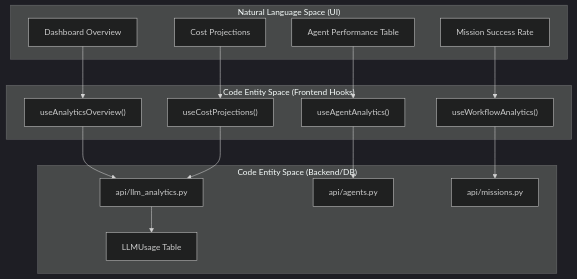
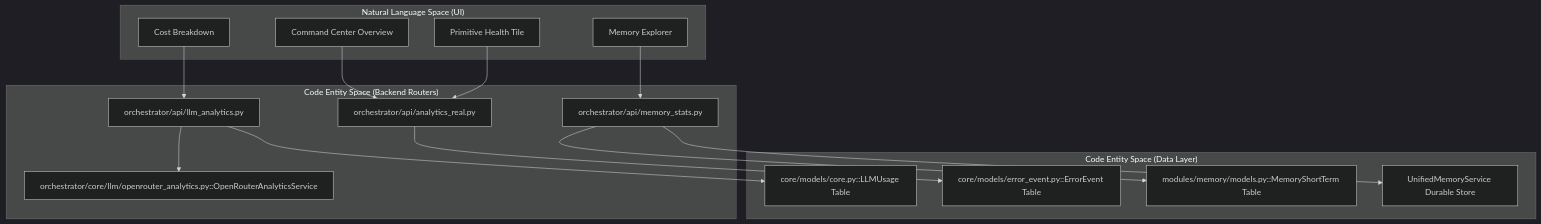
Before and after one commit to AutomatosAI/automatos-ai: the first of 2 diagrams in docs/analytics-monitoring/analytics-api-reference.md, drawn with Mermaid (dark theme). The commit also changed other lines of this file and 191 other files, not shown here.

````diff
--- a/docs/analytics-monitoring/analytics-api-reference.md
+++ b/docs/analytics-monitoring/analytics-api-reference.md
@@ -71,35 +78,34 @@
 ```mermaid
 graph TD
     subgraph "Natural Language Space (UI)"
-        Overview["Dashboard Overview"]
-        AgentPerf["Agent Performance Table"]
-        MissionStats["Mission Success Rate"]
-        CostProj["Cost Projections"]
+        Overview["Command Center Overview"]
+        HealthTile["Primitive Health Tile"]
+        UsageBreakdown["Cost Breakdown"]
+        MemExplorer["Memory Explorer"]
     end
 
-    subgraph "Code Entity Space (Frontend Hooks)"
-        HookOV["useAnalyticsOverview()"]
-        HookAg["useAgentAnalytics()"]
-        HookWf["useWorkflowAnalytics()"]
-        HookProj["useCostProjections()"]
+    subgraph "Code Entity Space (Backend Routers)"
+        LLM_Router["orchestrator/api/llm_analytics.py"]
+        Real_Router["orchestrator/api/analytics_real.py"]
+        Mem_Router["orchestrator/api/memory_stats.py"]
+        OR_Svc["orchestrator/core/llm/openrouter_analytics.py::OpenRouterAnalyticsService"]
     end
 
-    subgraph "Code Entity Space (Backend/DB)"
-        LLM_Router["api/llm_analytics.py"]
-        Agent_Router["api/agents.py"]
-        Mission_Router["api/missions.py"]
-        TableUsage["LLMUsage Table"]
+    subgraph "Code Entity Space (Data Layer)"
+        TableUsage["core/models/core.py::LLMUsage Table"]
+        TableEvent["core/models/error_event.py::ErrorEvent Table"]
+        TableMem["modules/memory/models.py::MemoryShortTerm Table"]
+        Mem0["UnifiedMemoryService Durable Store"]
     end
 
-    Overview --> HookOV
-    AgentPerf --> HookAg
-    MissionStats --> HookWf
-    CostProj --> HookProj
+    Overview --> Real_Router
+    HealthTile --> Real_Router
+    UsageBreakdown --> LLM_Router
+    MemExplorer --> Mem_Router
 
-    HookOV --> LLM_Router
-    HookAg --> Agent_Router
-    HookWf --> Mission_Router
-    HookProj --> LLM_Router
-    
     LLM_Router --> TableUsage
+    LLM_Router --> OR_Svc
+    Real_Router --> TableEvent
+    Mem_Router --> TableMem
+    Mem_Router --> Mem0
 ```
````
